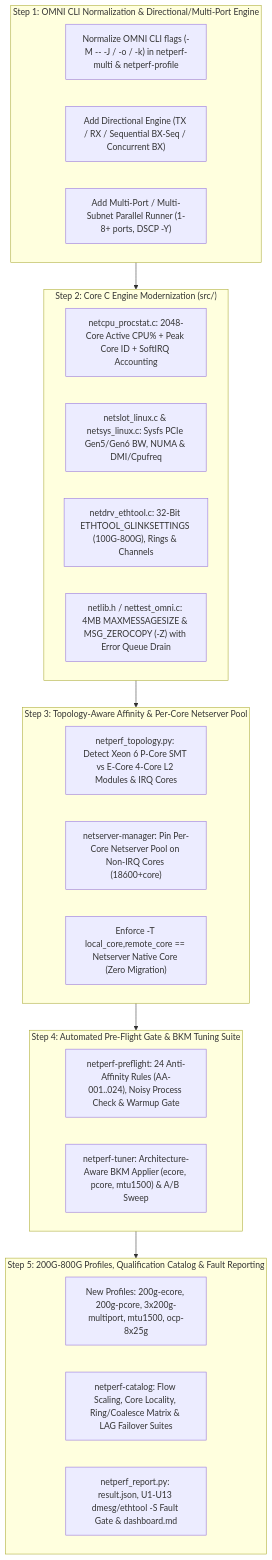
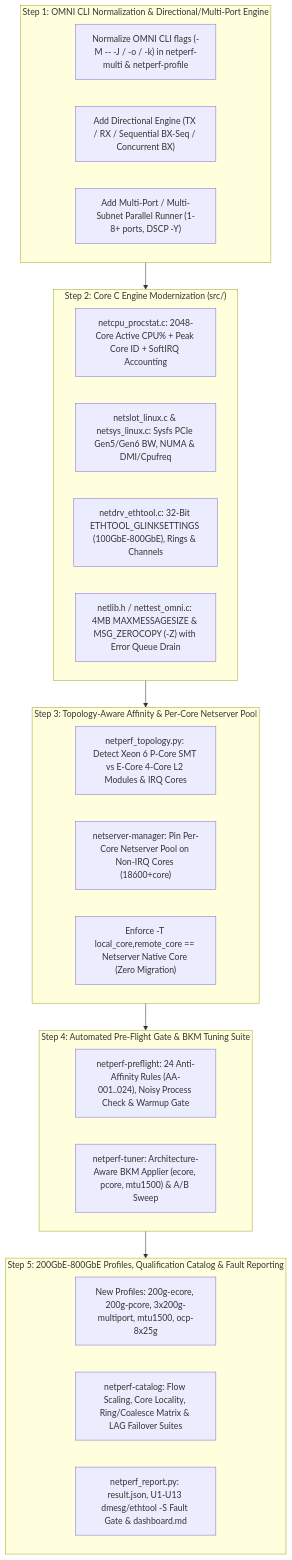
Before and after one commit to thehevy/netperf_copilot: the diagram in dev/plans/phase-4-7-modernization-plan.md, drawn with Mermaid. The commit also changed other lines of this file and 24 other files, not shown here.

````diff
--- a/dev/plans/phase-4-7-modernization-plan.md
+++ b/dev/plans/phase-4-7-modernization-plan.md
@@ -51,34 +51,34 @@
 ```mermaid
 flowchart TD
     subgraph P4["Step 1: OMNI CLI Normalization & Directional/Multi-Port Engine"]
         A1["Normalize OMNI CLI flags (-M -- -J / -o / -k) in netperf-multi & netperf-profile"]
         A2["Add Directional Engine (TX / RX / Sequential BX-Seq / Concurrent BX)"]
         A3["Add Multi-Port / Multi-Subnet Parallel Runner (1-8+ ports, DSCP -Y)"]
     end
 
     subgraph P5["Step 2: Core C Engine Modernization (src/)"]
         B1["netcpu_procstat.c: 2048-Core Active CPU% + Peak Core ID + SoftIRQ Accounting"]
         B2["netslot_linux.c & netsys_linux.c: Sysfs PCIe Gen5/Gen6 BW, NUMA & DMI/Cpufreq"]
-        B3["netdrv_ethtool.c: 32-Bit ETHTOOL_GLINKSETTINGS (100G-800G), Rings & Channels"]
+        B3["netdrv_ethtool.c: 32-Bit ETHTOOL_GLINKSETTINGS (100GbE-800GbE), Rings & Channels"]
         B4["netlib.h / nettest_omni.c: 4MB MAXMESSAGESIZE & MSG_ZEROCOPY (-Z) with Error Queue Drain"]
     end
 
     subgraph P6["Step 3: Topology-Aware Affinity & Per-Core Netserver Pool"]
         C1["netperf_topology.py: Detect Xeon 6 P-Core SMT vs E-Core 4-Core L2 Modules & IRQ Cores"]
         C2["netserver-manager: Pin Per-Core Netserver Pool on Non-IRQ Cores (18600+core)"]
         C3["Enforce -T local_core,remote_core == Netserver Native Core (Zero Migration)"]
     end
 
     subgraph P7["Step 4: Automated Pre-Flight Gate & BKM Tuning Suite"]
         D1["netperf-preflight: 24 Anti-Affinity Rules (AA-001..024), Noisy Process Check & Warmup Gate"]
         D2["netperf-tuner: Architecture-Aware BKM Applier (ecore, pcore, mtu1500) & A/B Sweep"]
     end
 
-    subgraph P8["Step 5: 200G-800G Profiles, Qualification Catalog & Fault Reporting"]
+    subgraph P8["Step 5: 200GbE-800GbE Profiles, Qualification Catalog & Fault Reporting"]
         E1["New Profiles: 200g-ecore, 200g-pcore, 3x200g-multiport, mtu1500, ocp-8x25g"]
         E2["netperf-catalog: Flow Scaling, Core Locality, Ring/Coalesce Matrix & LAG Failover Suites"]
         E3["netperf_report.py: result.json, U1-U13 dmesg/ethtool -S Fault Gate & dashboard.md"]
     end
 
     P4 --> P5 --> P6 --> P7 --> P8
 ```
````
